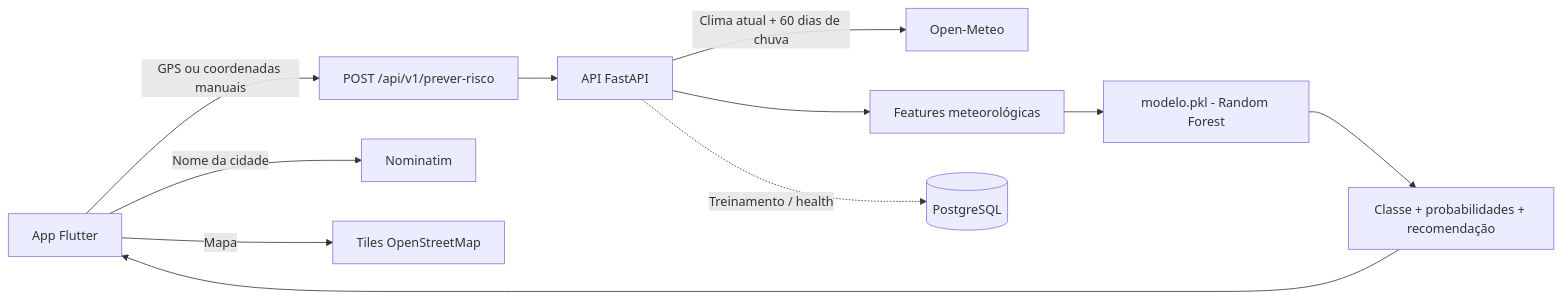
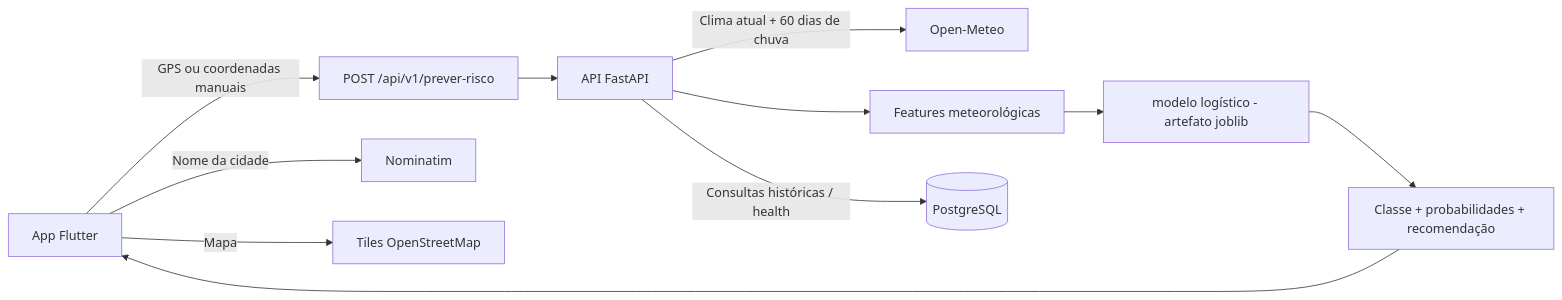
The diagram in README.md (FatecFranca/DSM-P5-G03-2026-02), drawn with Mermaid before and after one commit. The commit also changed other lines of this file and 22 other files, not shown here.

Commit message:
feat: integrar dataset preprocessado ao PostgreSQL

````diff
--- a/README.md
+++ b/README.md
@@ -62,13 +62,13 @@
 ```mermaid
 flowchart LR
     A[App Flutter] -->|GPS ou coordenadas manuais| B[POST /api/v1/prever-risco]
     B --> C[API FastAPI]
     C -->|Clima atual + 60 dias de chuva| D[Open-Meteo]
     C --> E[Features meteorológicas]
-    E --> F[modelo.pkl - Random Forest]
+    E --> F[modelo logístico - artefato joblib]
     F --> G[Classe + probabilidades + recomendação]
     G --> A
-    C -.->|Treinamento / health| H[(PostgreSQL)]
+    C -->|Consultas históricas / health| H[(PostgreSQL)]
     A -->|Nome da cidade| I[Nominatim]
     A -->|Mapa| J[Tiles OpenStreetMap]
 ```
````
